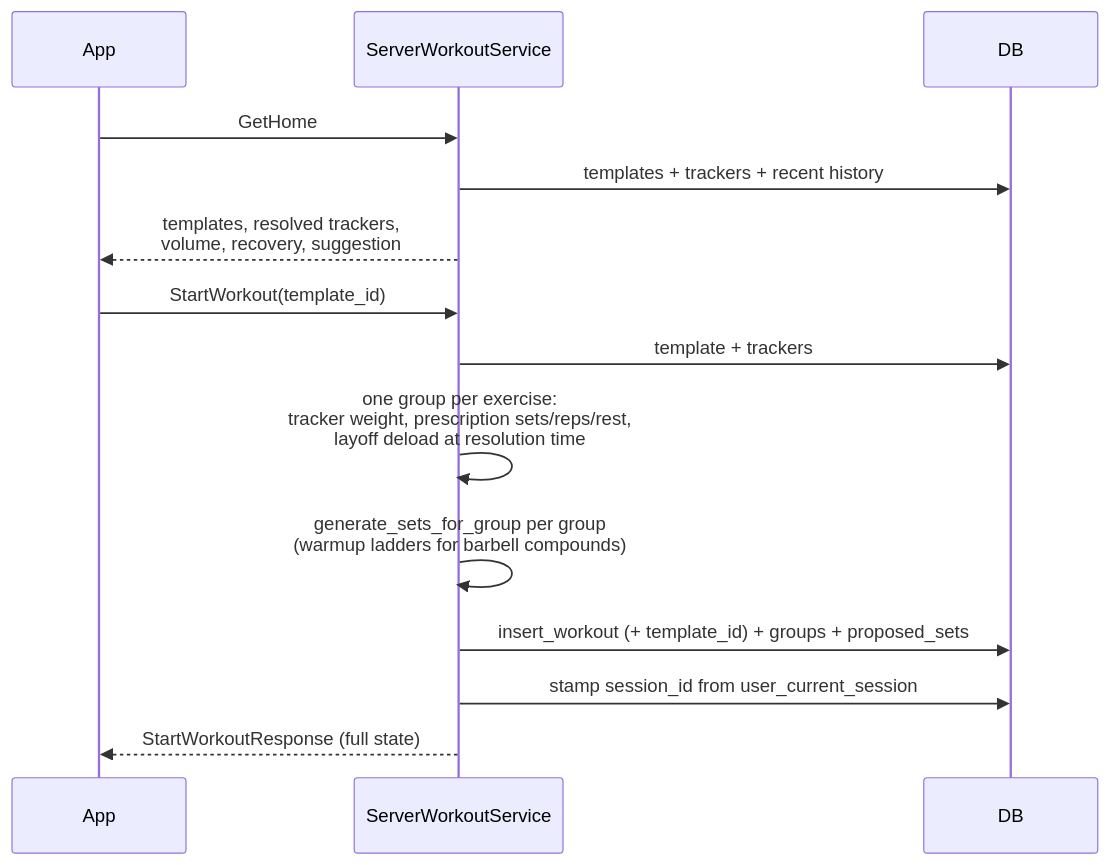
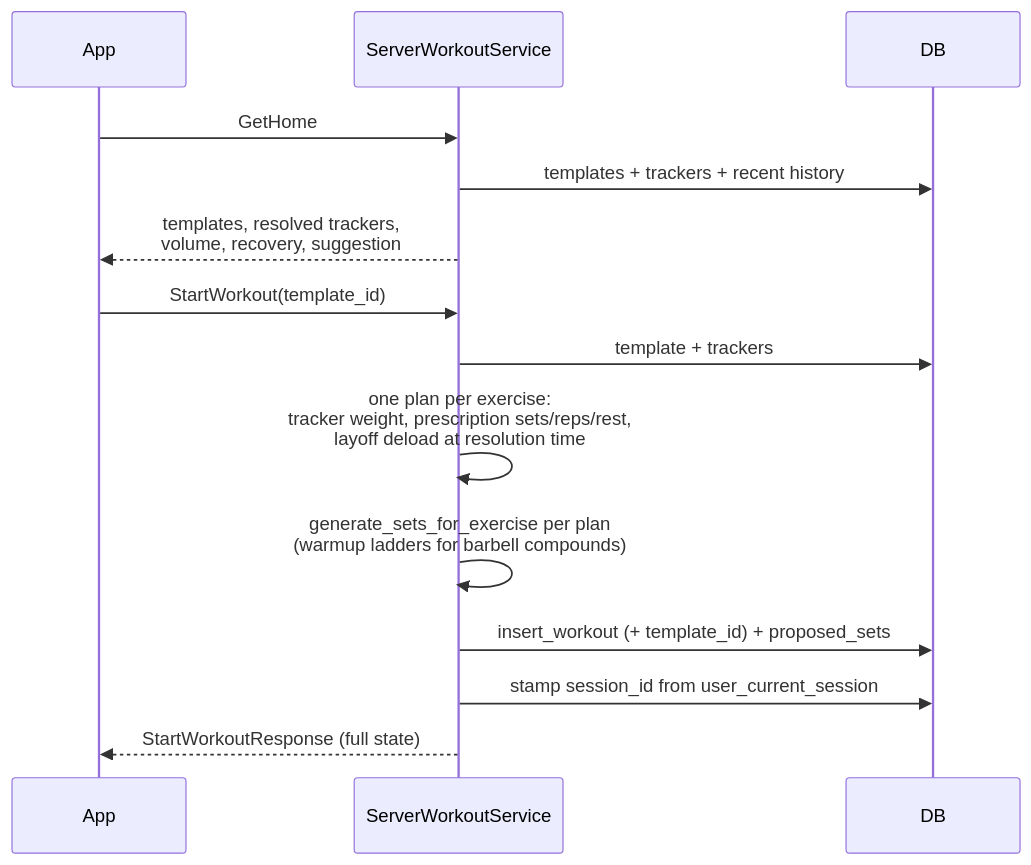
Before and after one commit to brensch/lift: the fourth of 7 diagrams in docs/architecture/workout-lifecycle.md, drawn with Mermaid. The commit also changed other lines of this file and 52 other files, not shown here.

````diff
--- a/docs/architecture/workout-lifecycle.md
+++ b/docs/architecture/workout-lifecycle.md
@@ -74,18 +70,18 @@
 ```mermaid
 sequenceDiagram
     participant App
     participant WS as ServerWorkoutService
     participant DB
 
     App->>WS: GetHome
     WS->>DB: templates + trackers + recent history
     WS-->>App: templates, resolved trackers,<br/>volume, recovery, suggestion
 
     App->>WS: StartWorkout(template_id)
     WS->>DB: template + trackers
-    WS->>WS: one group per exercise:<br/>tracker weight, prescription sets/reps/rest,<br/>layoff deload at resolution time
-    WS->>WS: generate_sets_for_group per group<br/>(warmup ladders for barbell compounds)
-    WS->>DB: insert_workout (+ template_id) + groups + proposed_sets
+    WS->>WS: one plan per exercise:<br/>tracker weight, prescription sets/reps/rest,<br/>layoff deload at resolution time
+    WS->>WS: generate_sets_for_exercise per plan<br/>(warmup ladders for barbell compounds)
+    WS->>DB: insert_workout (+ template_id) + proposed_sets
     WS->>DB: stamp session_id from user_current_session
     WS-->>App: StartWorkoutResponse (full state)
 ```
````
